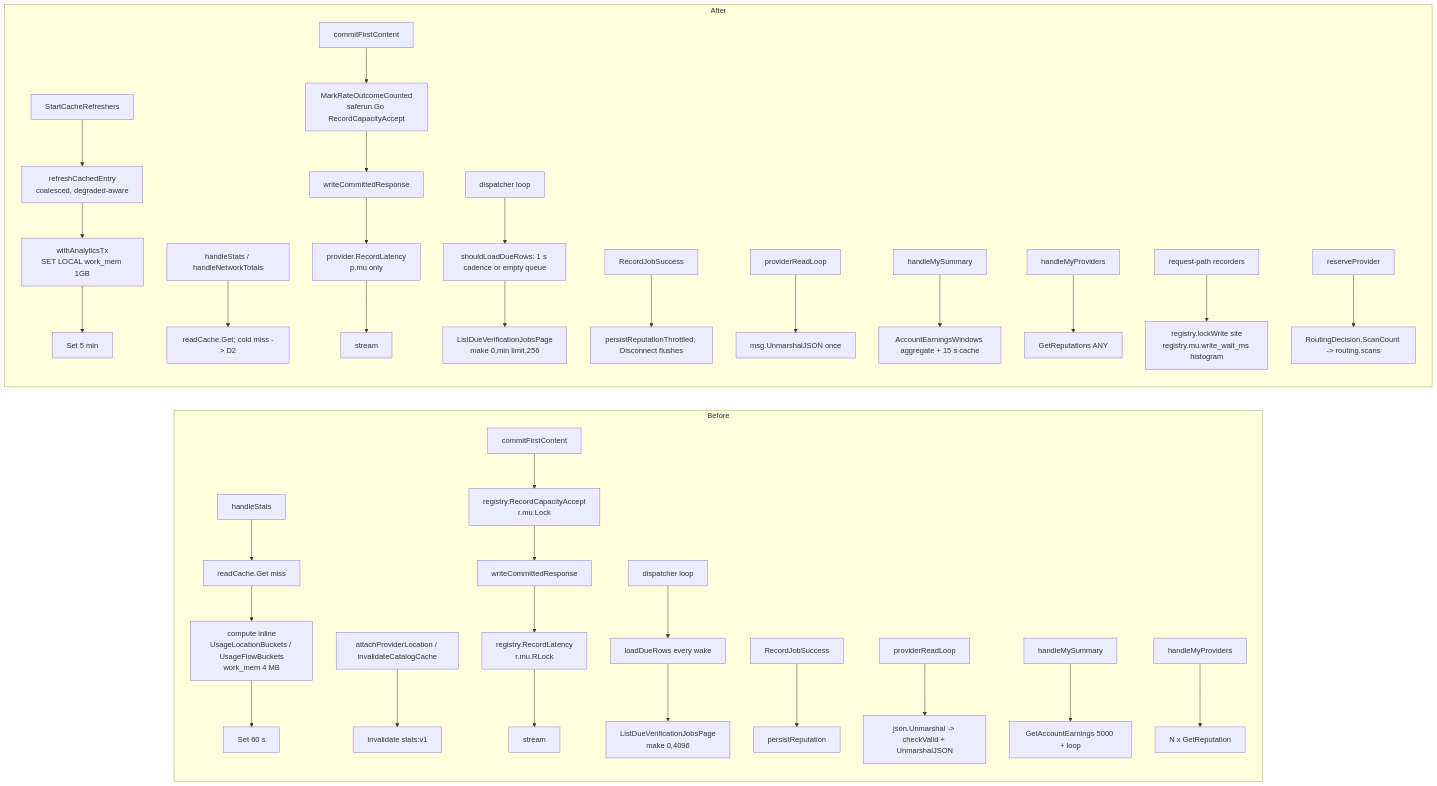
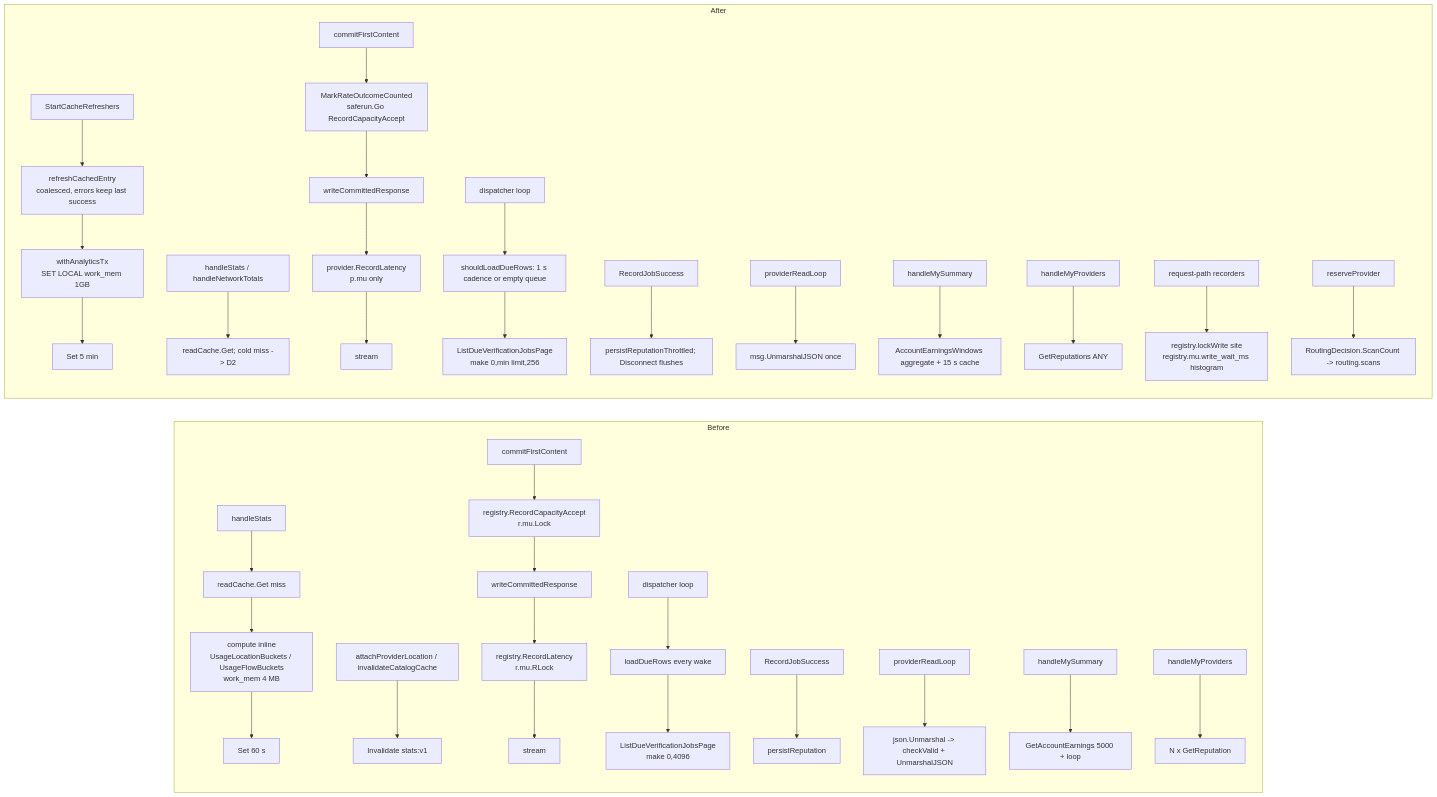
The second of 2 diagrams in docs/operations/coordinator-perf-tier1-rollout.md (Layr-Labs/d-inference), drawn with Mermaid before and after one commit. The commit also changed other lines of this file and 10 other files, not shown here.

````diff
--- a/docs/operations/coordinator-perf-tier1-rollout.md
+++ b/docs/operations/coordinator-perf-tier1-rollout.md
@@ -264,27 +265,27 @@
 ```mermaid
 flowchart LR
   subgraph Before
     direction TB
     C1[handleStats] --> C2[readCache.Get miss] --> C3[compute inline<br/>UsageLocationBuckets / UsageFlowBuckets<br/>work_mem 4 MB] --> C4[Set 60 s]
     C5[attachProviderLocation / invalidateCatalogCache] --> C6[Invalidate stats:v1]
     C7[commitFirstContent] --> C8[registry.RecordCapacityAccept<br/>r.mu.Lock] --> C9[writeCommittedResponse] --> C10[registry.RecordLatency<br/>r.mu.RLock] --> C11[stream]
     C12[dispatcher loop] --> C13[loadDueRows every wake] --> C14[ListDueVerificationJobsPage<br/>make 0,4096]
     C15[RecordJobSuccess] --> C16[persistReputation]
     C17[providerReadLoop] --> C18[json.Unmarshal -> checkValid + UnmarshalJSON]
     C19[handleMySummary] --> C20[GetAccountEarnings 5000 + loop]
     C21[handleMyProviders] --> C22[N x GetReputation]
   end
   subgraph After
     direction TB
-    D1[StartCacheRefreshers] --> D2[refreshCachedEntry<br/>coalesced, degraded-aware] --> D3[withAnalyticsTx<br/>SET LOCAL work_mem 1GB] --> D4[Set 5 min]
+    D1[StartCacheRefreshers] --> D2[refreshCachedEntry<br/>coalesced, errors keep last success] --> D3[withAnalyticsTx<br/>SET LOCAL work_mem 1GB] --> D4[Set 5 min]
     D5[handleStats / handleNetworkTotals] --> D6[readCache.Get; cold miss -> D2]
     D7[commitFirstContent] --> D8[MarkRateOutcomeCounted<br/>saferun.Go RecordCapacityAccept] --> D9[writeCommittedResponse] --> D10[provider.RecordLatency<br/>p.mu only] --> D11[stream]
     D12[dispatcher loop] --> D13[shouldLoadDueRows: 1 s cadence or empty queue] --> D14[ListDueVerificationJobsPage<br/>make 0,min limit,256]
     D15[RecordJobSuccess] --> D16[persistReputationThrottled; Disconnect flushes]
     D17[providerReadLoop] --> D18[msg.UnmarshalJSON once]
     D19[handleMySummary] --> D20[AccountEarningsWindows aggregate + 15 s cache]
     D21[handleMyProviders] --> D22[GetReputations ANY]
     D23[request-path recorders] --> D24[registry.lockWrite site<br/>registry.mu.write_wait_ms histogram]
     D25[reserveProvider] --> D26[RoutingDecision.ScanCount -> routing.scans]
   end
 ```
````
